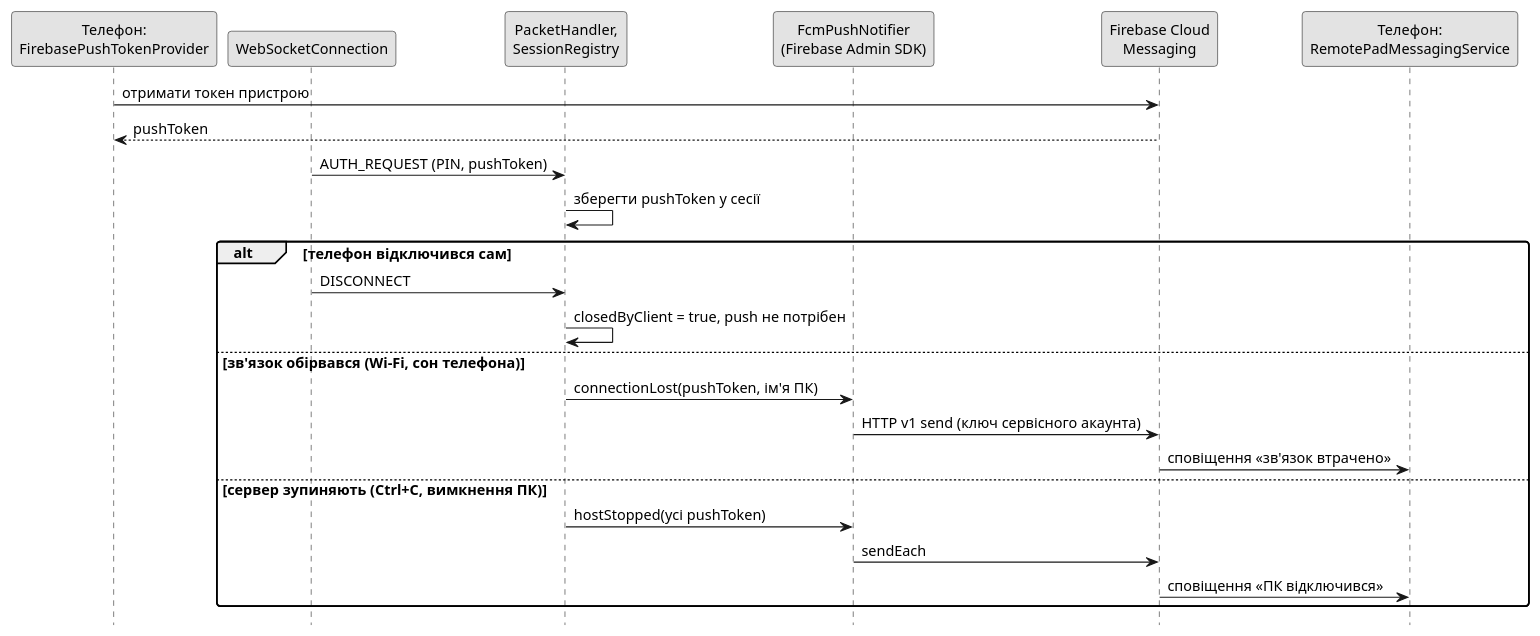
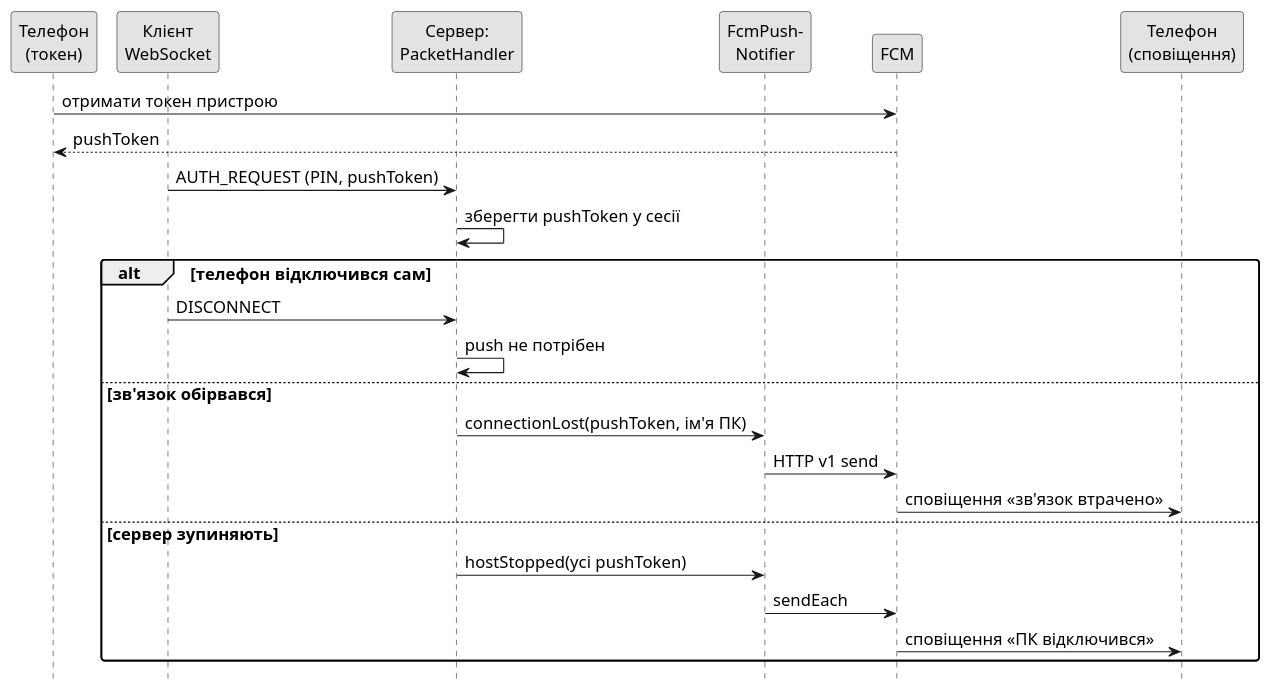
One commit to Illya-Bonikon/CW_1-4_TB-31_Reshetnikov_Felchyn changed the diagram in docs/diagrams/fcm_sequence.puml. Above: the diagram before and after it, drawn with PlantUML. The commit also changed 1 other file, not shown here.

Commit message:
WIP compact sequences

```diff
--- a/docs/diagrams/fcm_sequence.puml
+++ b/docs/diagrams/fcm_sequence.puml
@@ -1,32 +1,34 @@
 @startuml
 skinparam monochrome true
 skinparam shadowing false
 skinparam defaultFontName "Times New Roman"
-skinparam defaultFontSize 13
+skinparam defaultFontSize 15
+skinparam ParticipantPadding 4
+skinparam BoxPadding 4
 skinparam roundCorner 6
 hide footbox
-participant "Телефон:\nFirebasePushTokenProvider" as T
-participant "WebSocketConnection" as W
-participant "PacketHandler,\nSessionRegistry" as P
-participant "FcmPushNotifier\n(Firebase Admin SDK)" as F
-participant "Firebase Cloud\nMessaging" as FCM
-participant "Телефон:\nRemotePadMessagingService" as S
+participant "Телефон\n(токен)" as T
+participant "Клієнт\nWebSocket" as W
+participant "Сервер:\nPacketHandler" as P
+participant "FcmPush-\nNotifier" as F
+participant "FCM" as FCM
+participant "Телефон\n(сповіщення)" as S
 
 T -> FCM : отримати токен пристрою
 FCM --> T : pushToken
 W -> P : AUTH_REQUEST (PIN, pushToken)
 P -> P : зберегти pushToken у сесії
 
 alt телефон відключився сам
   W -> P : DISCONNECT
-  P -> P : closedByClient = true, push не потрібен
-else зв'язок обірвався (Wi-Fi, сон телефона)
+  P -> P : push не потрібен
+else зв'язок обірвався
   P -> F : connectionLost(pushToken, ім'я ПК)
-  F -> FCM : HTTP v1 send (ключ сервісного акаунта)
+  F -> FCM : HTTP v1 send
   FCM -> S : сповіщення «зв'язок втрачено»
-else сервер зупиняють (Ctrl+C, вимкнення ПК)
+else сервер зупиняють
   P -> F : hostStopped(усі pushToken)
   F -> FCM : sendEach
   FCM -> S : сповіщення «ПК відключився»
 end
 @enduml
```
